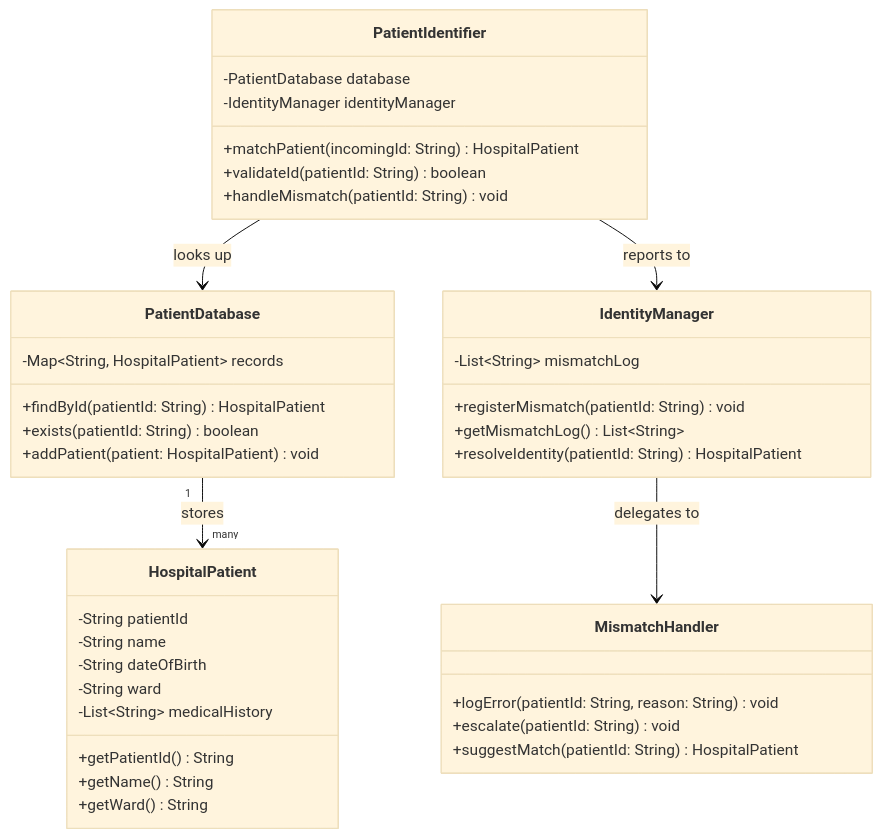
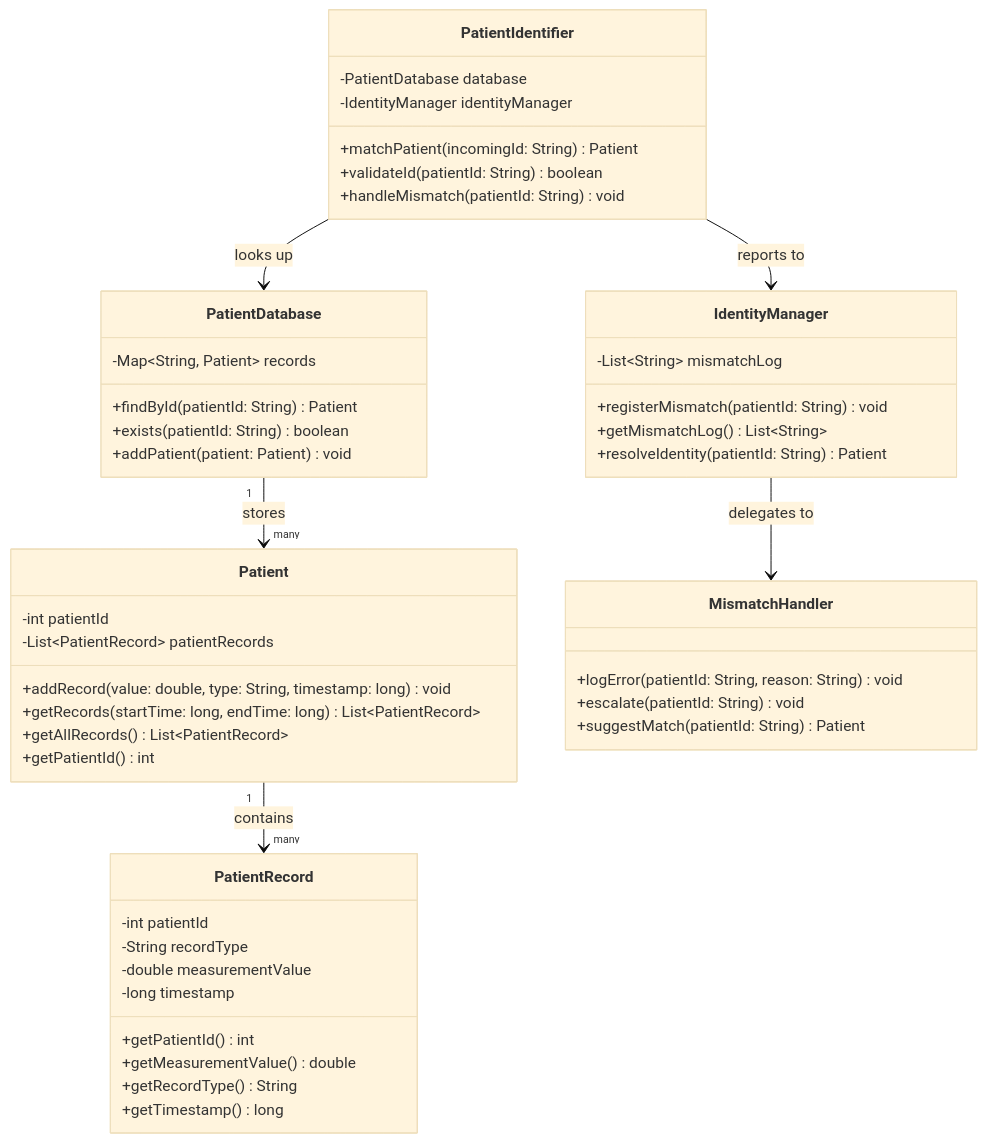
Before and after one commit to yuriboulderingGIT/Software-Enginering-Project-1: the third of 4 diagrams in uml-models/uml_models.md, drawn with Mermaid (base theme). The commit also changed other lines of this file and 43 other files, not shown here.

Commit message:
Final cleanup - fix singleton, Javadoc gaps, DataStorageTest expanded, JAR renamed to correct student ID, UML diagrams updated, screenshots added, updated README

````diff
--- a/uml-models/uml_models.md
+++ b/uml-models/uml_models.md
@@ -171,46 +200,56 @@
 ```mermaid
 classDiagram
     class PatientIdentifier {
         -PatientDatabase database
         -IdentityManager identityManager
-        +matchPatient(incomingId: String) HospitalPatient
+        +matchPatient(incomingId: String) Patient
         +validateId(patientId: String) boolean
         +handleMismatch(patientId: String) void
     }
 
-    class HospitalPatient {
-        -String patientId
-        -String name
-        -String dateOfBirth
-        -String ward
-        -List~String~ medicalHistory
-        +getPatientId() String
-        +getName() String
-        +getWard() String
+    class Patient {
+        -int patientId
+        -List~PatientRecord~ patientRecords
+        +addRecord(value: double, type: String, timestamp: long) void
+        +getRecords(startTime: long, endTime: long) List~PatientRecord~
+        +getAllRecords() List~PatientRecord~
+        +getPatientId() int
+    }
+
+    class PatientRecord {
+        -int patientId
+        -String recordType
+        -double measurementValue
+        -long timestamp
+        +getPatientId() int
+        +getMeasurementValue() double
+        +getRecordType() String
+        +getTimestamp() long
     }
 
     class PatientDatabase {
-        -Map~String, HospitalPatient~ records
-        +findById(patientId: String) HospitalPatient
+        -Map~String, Patient~ records
+        +findById(patientId: String) Patient
         +exists(patientId: String) boolean
-        +addPatient(patient: HospitalPatient) void
+        +addPatient(patient: Patient) void
     }
 
     class IdentityManager {
         -List~String~ mismatchLog
         +registerMismatch(patientId: String) void
         +getMismatchLog() List~String~
-        +resolveIdentity(patientId: String) HospitalPatient
+        +resolveIdentity(patientId: String) Patient
     }
 
     class MismatchHandler {
         +logError(patientId: String, reason: String) void
         +escalate(patientId: String) void
-        +suggestMatch(patientId: String) HospitalPatient
+        +suggestMatch(patientId: String) Patient
     }
 
     PatientIdentifier --> PatientDatabase : looks up
     PatientIdentifier --> IdentityManager : reports to
-    PatientDatabase "1" --> "many" HospitalPatient : stores
+    PatientDatabase "1" --> "many" Patient : stores
+    Patient "1" --> "many" PatientRecord : contains
     IdentityManager --> MismatchHandler : delegates to
 ```
````
